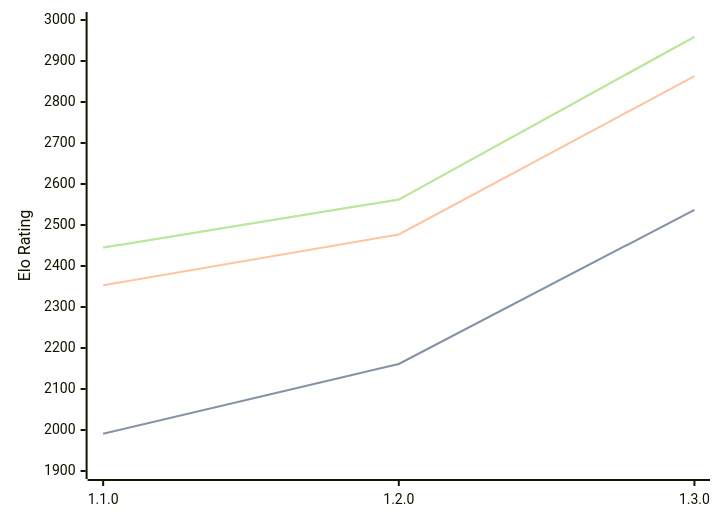
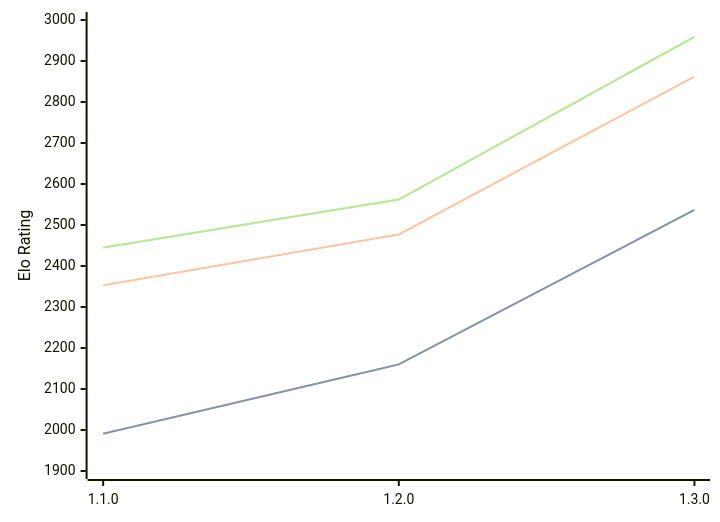
Before and after one commit to computer-chess-index/cci: the diagram in engines/Gyatso.md, drawn with Mermaid. The commit also changed other lines of this file, not shown here.

Commit message:
Update CCI Ratings (ELO VLTC) - 2026-04-29

````diff
--- a/engines/Gyatso.md
+++ b/engines/Gyatso.md
@@ -34,11 +34,11 @@
 ```mermaid
 %%{init: {"theme":"base","themeVariables":{"seriesColors:['#a3a3a3','#222221','#faa371']}}}%%
 xychart-beta
   x-axis ["1.1.0", "1.2.0", "1.3.0"]
   y-axis "Elo Rating" 1900 --> 3000
-  line "STC (8.0+0.08s)" [1991, 2161, 2537]
-  line "STC (8.0+0.08s)" [1991, 2161, 2537]
-  line "LTC (60.0+0.60s)" [2353, 2477, 2863]
+  line "STC (8.0+0.08s)" [1991, 2160, 2537]
+  line "STC (8.0+0.08s)" [1991, 2160, 2537]
+  line "LTC (60.0+0.60s)" [2353, 2477, 2862]
   line "VLTC (2m24s+1.12s)" [2445, 2562, 2959]
   line "VLTC (2m24s+1.12s)" [2445, 2562, 2959]
 ```
````
